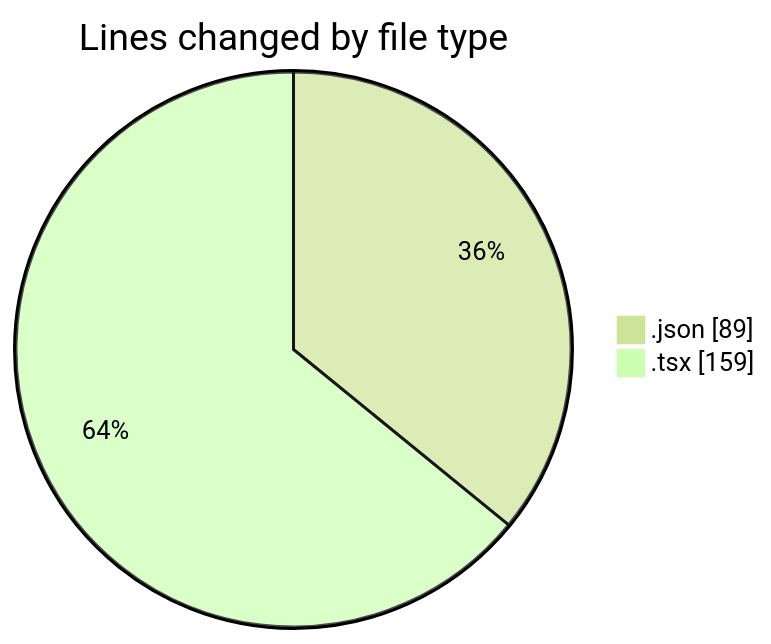
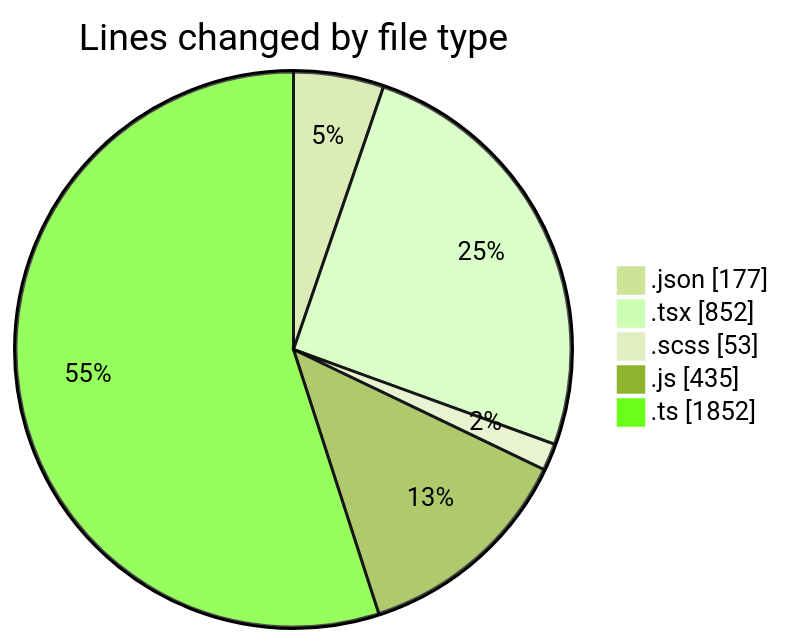
One commit to momahboobian/code-tracking changed the first of 2 diagrams in 2026-09-03/cda/README.md. Above: the diagram before and after it, drawn with Mermaid (forest theme). The commit also changed other lines of this file and 1 other file, not shown here.

````diff
--- a/2026-09-03/cda/README.md
+++ b/2026-09-03/cda/README.md
@@ -22,6 +31,9 @@
 ```mermaid
 pie showData
 title Lines changed by file type
-".json" : 89
-".tsx" : 159
+".json" : 177
+".tsx" : 852
+".scss" : 53
+".js" : 435
+".ts" : 1852
 ```
````
